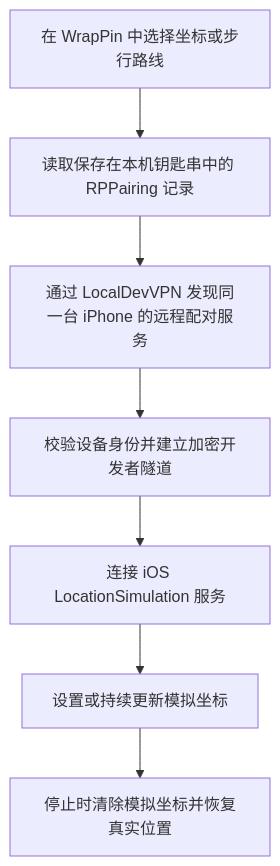
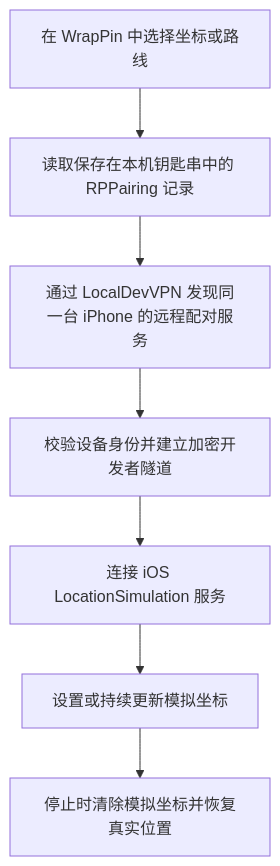
Before and after one commit to TonyT-T-T/WrapPin: the diagram in README.md, drawn with Mermaid. The commit also changed other lines of this file and 21 other files, not shown here.

````diff
--- a/README.md
+++ b/README.md
@@ -73,9 +73,9 @@
 ```mermaid
 flowchart TD
-    A[在 WrapPin 中选择坐标或步行路线] --> B[读取保存在本机钥匙串中的 RPPairing 记录]
+    A[在 WrapPin 中选择坐标或路线] --> B[读取保存在本机钥匙串中的 RPPairing 记录]
     B --> C[通过 LocalDevVPN 发现同一台 iPhone 的远程配对服务]
     C --> D[校验设备身份并建立加密开发者隧道]
     D --> E[连接 iOS LocationSimulation 服务]
     E --> F[设置或持续更新模拟坐标]
     F --> G[停止时清除模拟坐标并恢复真实位置]
 ```
````
